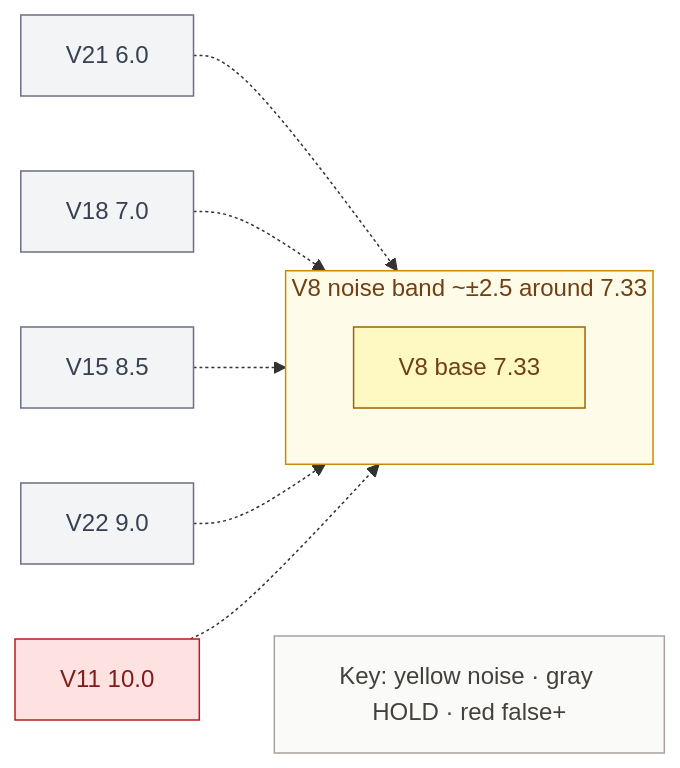
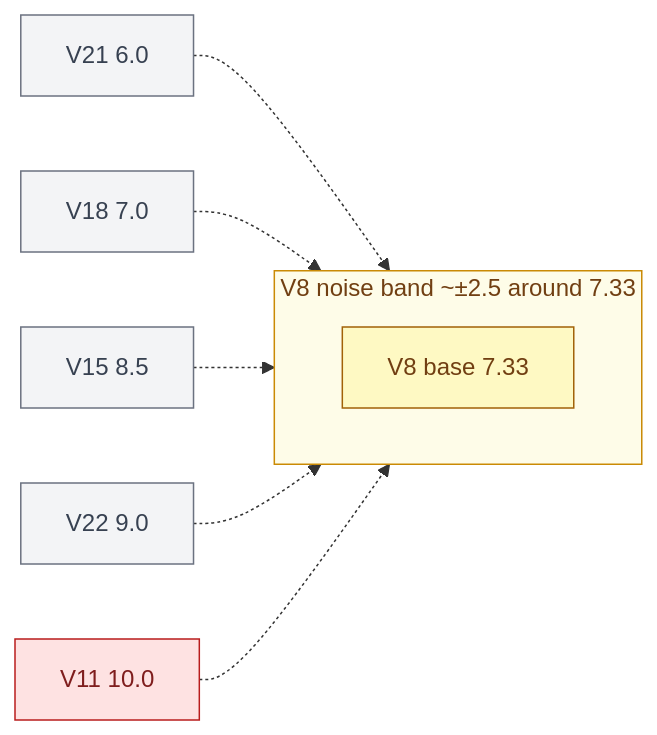
Before and after one commit to khaosans/noisegate-gemma4-factory: the fifth of 7 diagrams in docs/wiki/Architecture.md, drawn with Mermaid. The commit also changed other lines of this file and 4 other files, not shown here.

First line of the commit message:
docs: drop Mermaid Key/Legend nodes entirely

````diff
--- a/docs/wiki/Architecture.md
+++ b/docs/wiki/Architecture.md
@@ -144,23 +132,19 @@
 ```mermaid
 flowchart LR
   subgraph Band["V8 noise band ~±2.5 around 7.33"]
     V8[V8 base 7.33]
   end
   V21[V21 6.0] -.-> Band
   V18[V18 7.0] -.-> Band
   V15[V15 8.5] -.-> Band
   V22[V22 9.0] -.-> Band
   V11[V11 10.0] -.-> Band
 
-  Key["Key: yellow noise · gray HOLD · red false+"]
-  V11 ~~~ Key
-
   classDef noise fill:#FEF9C3,stroke:#A16207,color:#713F12
   classDef inside fill:#F3F4F6,stroke:#6B7280,color:#374151
   classDef falsepos fill:#FEE2E2,stroke:#B91C1C,color:#7F1D1D
   class V8 noise
   class V21,V18,V15,V22 inside
   class V11 falsepos
   style Band fill:#FEFCE8,stroke:#CA8A04,color:#713F12
-  style Key fill:#FAFAF9,stroke:#A8A29E,color:#44403C
 ```
````
